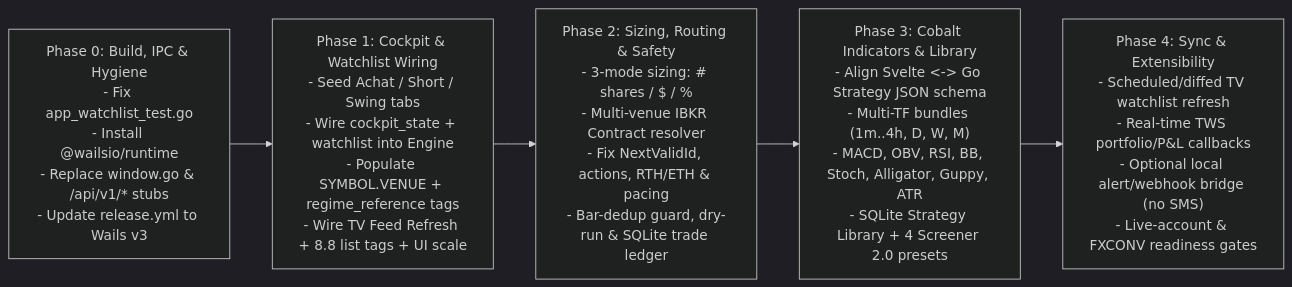
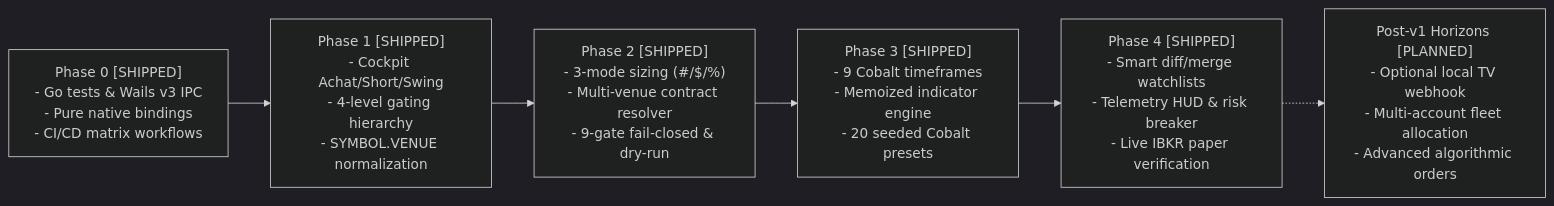
Before and after one commit to Boostao/tws_tradingbot: the diagram in okf/03_future_architecture/roadmap.md, drawn with Mermaid (dark theme). The commit also changed other lines of this file and 94 other files, not shown here.

First line of the commit message:
feat: complete Cobalt F1 Cockpit transformation, OKF curation, and live IBKR paper gate

````diff
--- a/okf/03_future_architecture/roadmap.md
+++ b/okf/03_future_architecture/roadmap.md
@@ -14,10 +14,11 @@
 ```mermaid
 flowchart LR
-    P0["Phase 0: Build, IPC & Hygiene<br/>- Fix app_watchlist_test.go<br/>- Install @wailsio/runtime<br/>- Replace window.go & /api/v1/* stubs<br/>- Update release.yml to Wails v3"]
-    P1["Phase 1: Cockpit & Watchlist Wiring<br/>- Seed Achat / Short / Swing tabs<br/>- Wire cockpit_state + watchlist into Engine<br/>- Populate SYMBOL.VENUE + regime_reference tags<br/>- Wire TV Feed Refresh + 8.8 list tags + UI scale"]
-    P2["Phase 2: Sizing, Routing & Safety<br/>- 3-mode sizing: # shares / $ / %<br/>- Multi-venue IBKR Contract resolver<br/>- Fix NextValidId, actions, RTH/ETH & pacing<br/>- Bar-dedup guard, dry-run & SQLite trade ledger"]
-    P3["Phase 3: Cobalt Indicators & Library<br/>- Align Svelte <-> Go Strategy JSON schema<br/>- Multi-TF bundles (1m..4h, D, W, M)<br/>- MACD, OBV, RSI, BB, Stoch, Alligator, Guppy, ATR<br/>- SQLite Strategy Library + 4 Screener 2.0 presets"]
-    P4["Phase 4: Sync & Extensibility<br/>- Scheduled/diffed TV watchlist refresh<br/>- Real-time TWS portfolio/P&L callbacks<br/>- Optional local alert/webhook bridge (no SMS)<br/>- Live-account & FXCONV readiness gates"]
+    P0["Phase 0 [SHIPPED]<br/>- Go tests & Wails v3 IPC<br/>- Pure native bindings<br/>- CI/CD matrix workflows"]
+    P1["Phase 1 [SHIPPED]<br/>- Cockpit Achat/Short/Swing<br/>- 4-level gating hierarchy<br/>- SYMBOL.VENUE normalization"]
+    P2["Phase 2 [SHIPPED]<br/>- 3-mode sizing (#/$/%)<br/>- Multi-venue contract resolver<br/>- 9-gate fail-closed & dry-run"]
+    P3["Phase 3 [SHIPPED]<br/>- 9 Cobalt timeframes<br/>- Memoized indicator engine<br/>- 20 seeded Cobalt presets"]
+    P4["Phase 4 [SHIPPED]<br/>- Smart diff/merge watchlists<br/>- Telemetry HUD & risk breaker<br/>- Live IBKR paper verification"]
+    P5["Post-v1 Horizons [PLANNED]<br/>- Optional local TV webhook<br/>- Multi-account fleet allocation<br/>- Advanced algorithmic orders"]
 
-    P0 --> P1 --> P2 --> P3 --> P4
+    P0 --> P1 --> P2 --> P3 --> P4 -.-> P5
 ```
````
